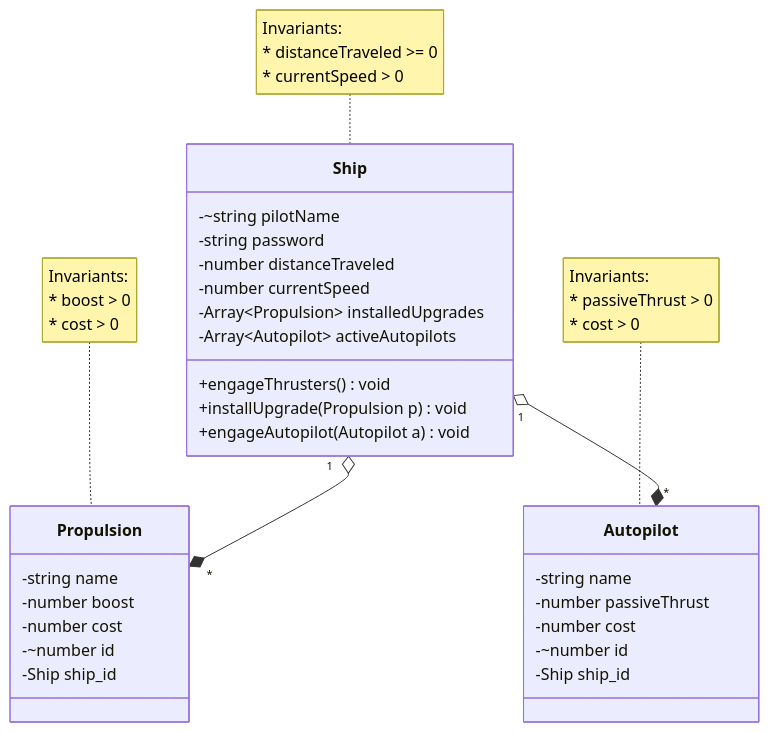
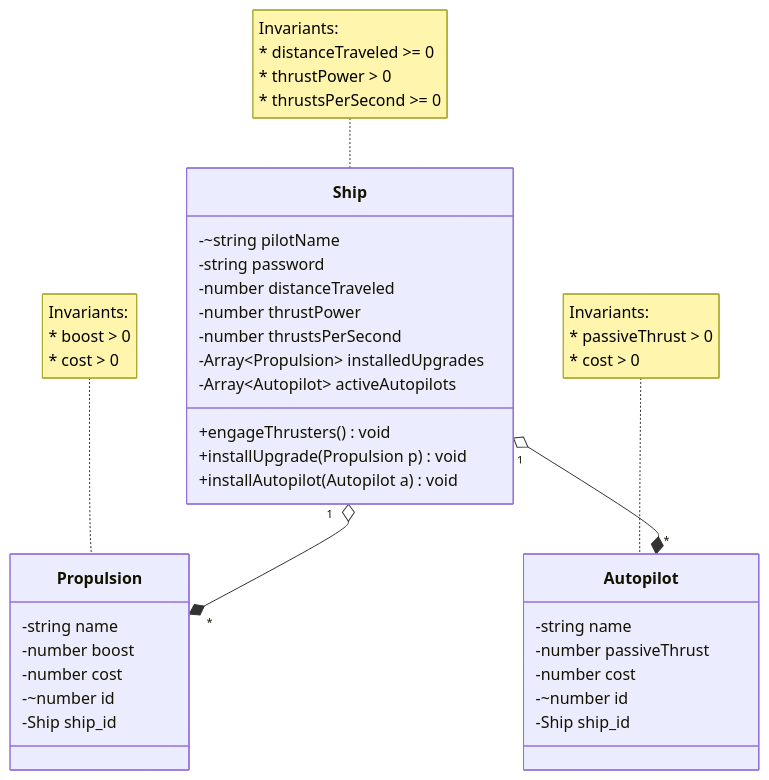
One commit to TheTaiMan/Void-Voyager changed the diagram in domain.md. Above: the diagram before and after it, drawn with Mermaid. The commit also changed 7 other files, not shown here.

````diff
--- a/domain.md
+++ b/domain.md
@@ -31,61 +31,63 @@
 ```mermaid
 classDiagram
     %% Game State / Single Player Account
     class Ship {
         %% Account info
         %% pilotName is the natural key, no synthetic id needed
         -~string pilotName
         -string password
         
         %% Game progress
         -number distanceTraveled
-        -number currentSpeed
+        -number thrustPower
+        -number thrustsPerSecond
         
         %% Owned upgrades and autopilots
         -Array~Propulsion~ installedUpgrades
         -Array~Autopilot~ activeAutopilots
         
         %% Main actions
         +engageThrusters() void
         +installUpgrade(Propulsion p) void
-        +engageAutopilot(Autopilot a) void
+        +installAutopilot(Autopilot a) void
     }
 
     note for Ship "Invariants:
     * distanceTraveled >= 0
-    * currentSpeed > 0"
+    * thrustPower > 0
+    * thrustsPerSecond >= 0"
 
     class Propulsion {
         -string name
         -number boost
         -number cost
 
         %% No natural key exists, so a synthetic id is required
         -~number id
         %% ship is a DB only
         -Ship ship_id
     }
 
     note for Propulsion "Invariants:
     * boost > 0
     * cost > 0"
 
     class Autopilot {
         -string name
         %% Clicks Per Second
         -number passiveThrust
         -number cost
 
         %% No natural key exists, so a synthetic id is required
         -~number id
         %% ship is a DB only
         -Ship ship_id
     }
 
     note for Autopilot "Invariants:
     * passiveThrust > 0
     * cost > 0"
 
     Ship "1" o--* "*" Propulsion
     Ship "1" o--* "*" Autopilot
 ```
````
